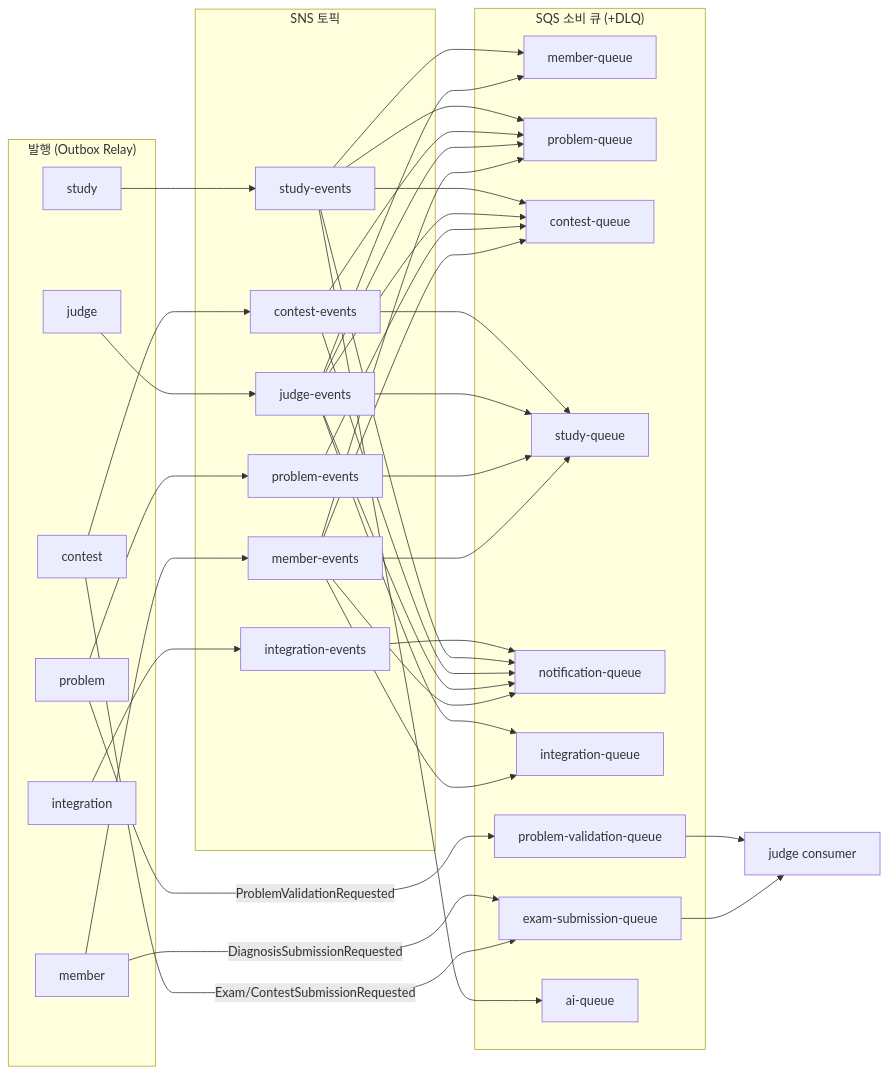
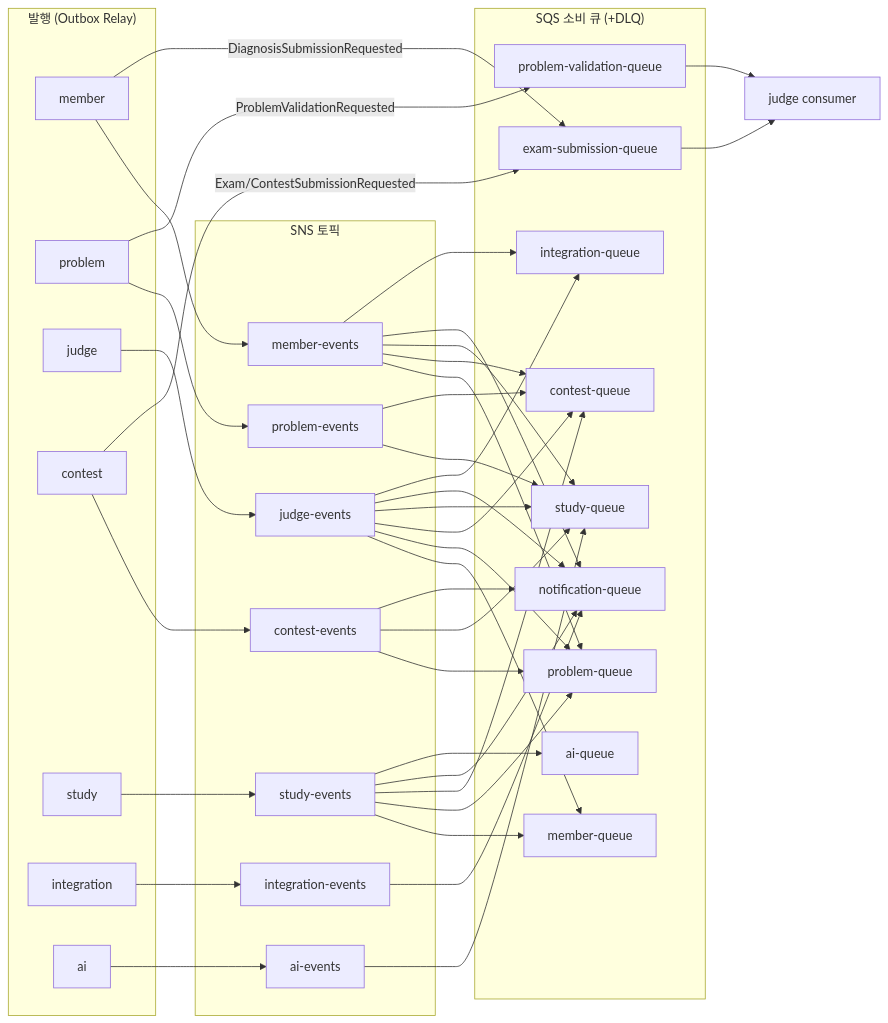
Before and after one commit to Back-To-Back-team-3/re-solve: the diagram in docs/dev/specifications/event-contract.md, drawn with Mermaid. The commit also changed other lines of this file and 23 other files, not shown here.

````diff
--- a/docs/dev/specifications/event-contract.md
+++ b/docs/dev/specifications/event-contract.md
@@ -91,47 +91,51 @@
 ```mermaid
 flowchart LR
     subgraph PUB["발행 (Outbox Relay)"]
         M[member]
         P[problem]
         J[judge]
         C[contest]
         S[study]
         I[integration]
+        A[ai]
     end
     subgraph TOPIC["SNS 토픽"]
         TM[member-events]
         TP[problem-events]
         TJ[judge-events]
         TC[contest-events]
         TS[study-events]
         TI[integration-events]
+        TA[ai-events]
     end
     subgraph QUEUE["SQS 소비 큐 (+DLQ)"]
         QM[member-queue]
         QP[problem-queue]
         QC[contest-queue]
         QS[study-queue]
         QN[notification-queue]
         QI[integration-queue]
         QX[exam-submission-queue]
         QV[problem-validation-queue]
         QA[ai-queue]
     end
     M --> TM
     P --> TP
     J --> TJ
     C --> TC
     S --> TS
     I --> TI
+    A --> TA
+    TA --> QS
     C -->|"Exam/ContestSubmissionRequested"| QX
     M -->|"DiagnosisSubmissionRequested"| QX
     QX --> JS[judge consumer]
     P -->|"ProblemValidationRequested"| QV
     QV --> JS
     TM --> QP & QC & QS & QN & QI
     TP --> QS & QC
     TJ --> QM & QP & QC & QS & QN & QI
     TC --> QP & QS & QN
     TS --> QM & QP & QC & QN & QA
     TI --> QN
 ```
````
